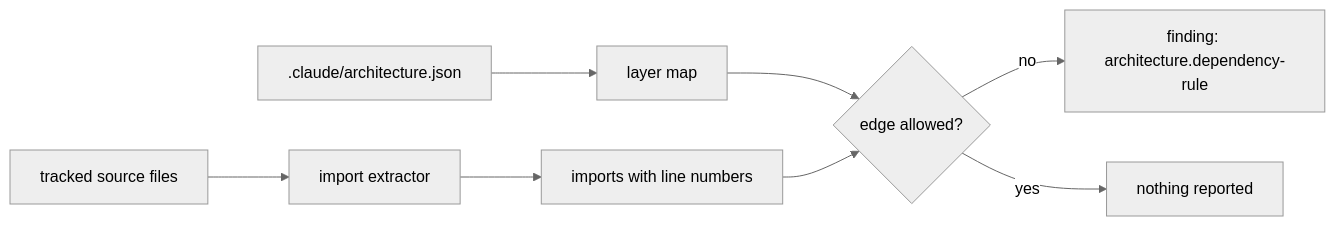
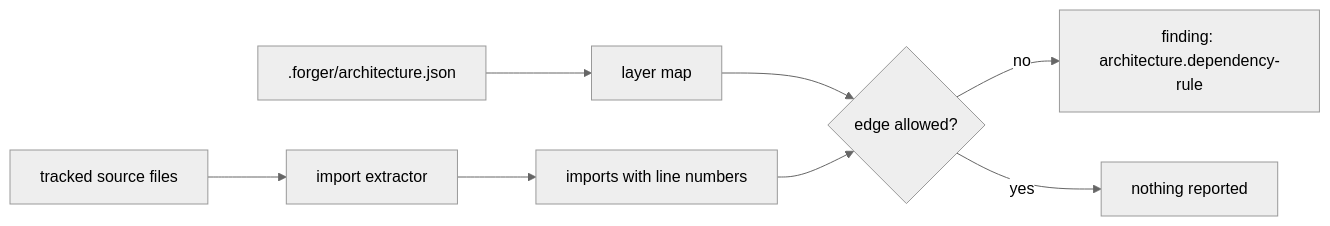
Before and after one commit to diegoaltoworks/forger: the third of 3 diagrams in docs/08-opinion-packs.md, drawn with Mermaid (neutral theme). The commit also changed other lines of this file and 99 other files, not shown here.

````diff
--- a/docs/08-opinion-packs.md
+++ b/docs/08-opinion-packs.md
@@ -76,10 +76,10 @@
 ```mermaid
 flowchart LR
-    M[.claude/architecture.json] --> G[layer map]
+    M[.forger/architecture.json] --> G[layer map]
     F[tracked source files] --> X[import extractor]
     X --> E[imports with line numbers]
     G --> K{edge allowed?}
     E --> K
     K -->|no| V[finding: architecture.dependency-rule]
     K -->|yes| O[nothing reported]
 ```
````
